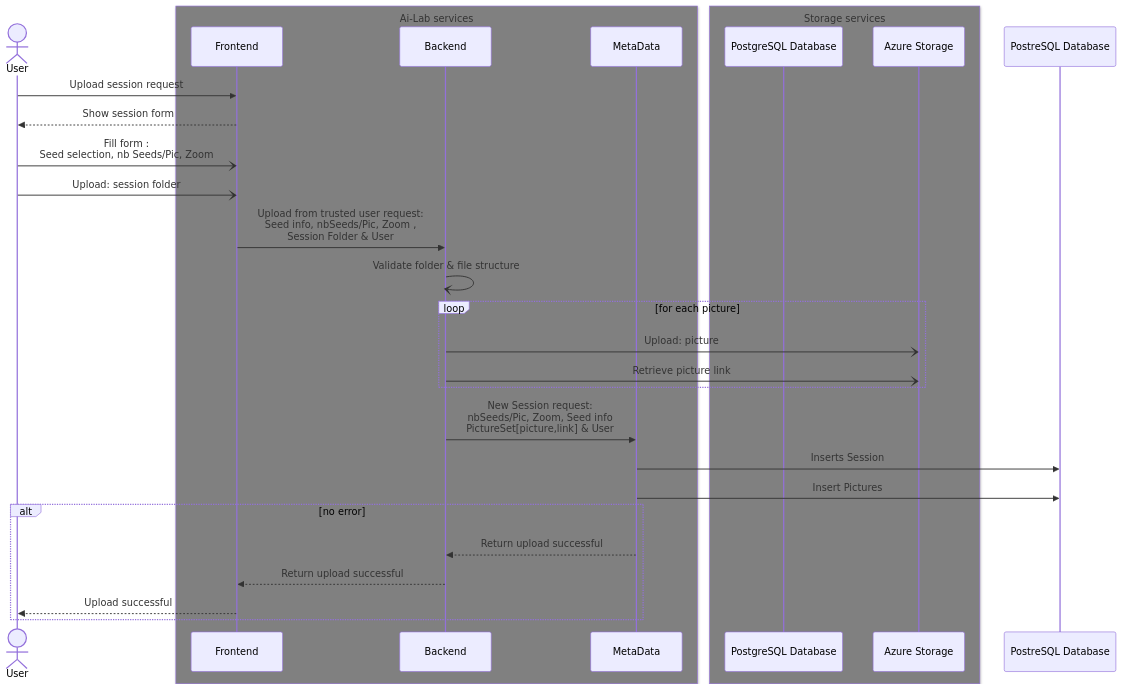
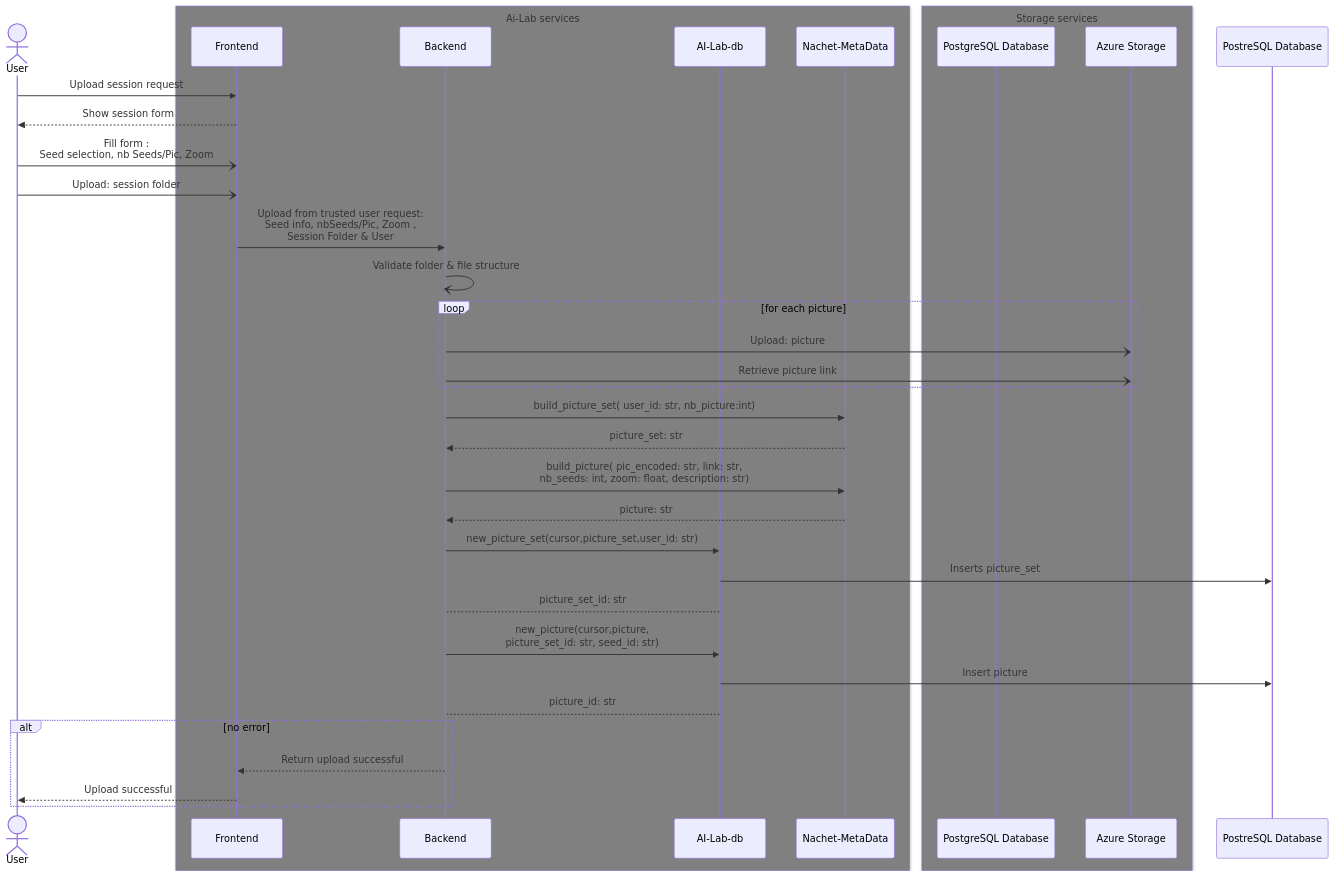
One commit to ai-cfia/ailab-datastore changed the diagram in doc/trusted-user-upload.md. Above: the diagram before and after it, drawn with Mermaid. The commit also changed 10 other files, not shown here.

````diff
--- a/doc/trusted-user-upload.md
+++ b/doc/trusted-user-upload.md
@@ -15,35 +15,44 @@
 ``` mermaid  
 sequenceDiagram;
   actor User
   box grey Ai-Lab services
   participant Frontend
   participant Backend
-  participant MetaData
+  participant AI-Lab-db
+  participant Nachet-MetaData
   end
   box grey Storage services
   participant PostgreSQL Database
   participant Azure Storage
   end
 
     User ->> Frontend: Upload session request
     Frontend -->> User: Show session form
     User -) Frontend: Fill form :<br> Seed selection, nb Seeds/Pic, Zoom
     User -) Frontend: Upload: session folder
     Frontend ->> Backend: Upload from trusted user request: <br> Seed info, nbSeeds/Pic, Zoom ,<br> Session Folder & User
     Backend -) Backend: Validate folder & file structure
 
     loop for each picture
       Backend -) Azure Storage: Upload: picture
       Backend -) Azure Storage: Retrieve picture link
     end
+    Backend ->> Nachet-MetaData: build_picture_set( user_id: str, nb_picture:int)
+    Nachet-MetaData-->> Backend: picture_set: str    
 
-    Backend ->> MetaData: New Session request: <br> nbSeeds/Pic, Zoom, Seed info<br> PictureSet[picture,link] & User
-    MetaData ->>PostreSQL Database: Inserts Session
-    MetaData ->>PostreSQL Database: Insert Pictures
+    Backend ->> Nachet-MetaData: build_picture( pic_encoded: str, link: str,<br> nb_seeds: int, zoom: float, description: str)
+    Nachet-MetaData-->> Backend: picture: str
+
+    Backend ->>AI-Lab-db: new_picture_set(cursor,picture_set,user_id: str)
+    AI-Lab-db ->>PostreSQL Database: Inserts picture_set
+    AI-Lab-db --> Backend: picture_set_id: str
+
+    Backend->>AI-Lab-db: new_picture(cursor,picture,<br>picture_set_id: str, seed_id: str)
+    AI-Lab-db ->>PostreSQL Database: Insert picture
+    AI-Lab-db --> Backend: picture_id: str
     alt no error
-    MetaData -->> Backend: Return upload successful
     Backend -->> Frontend: Return upload successful
     Frontend -->> User: Upload successful
     end
 
 ``` 
````
